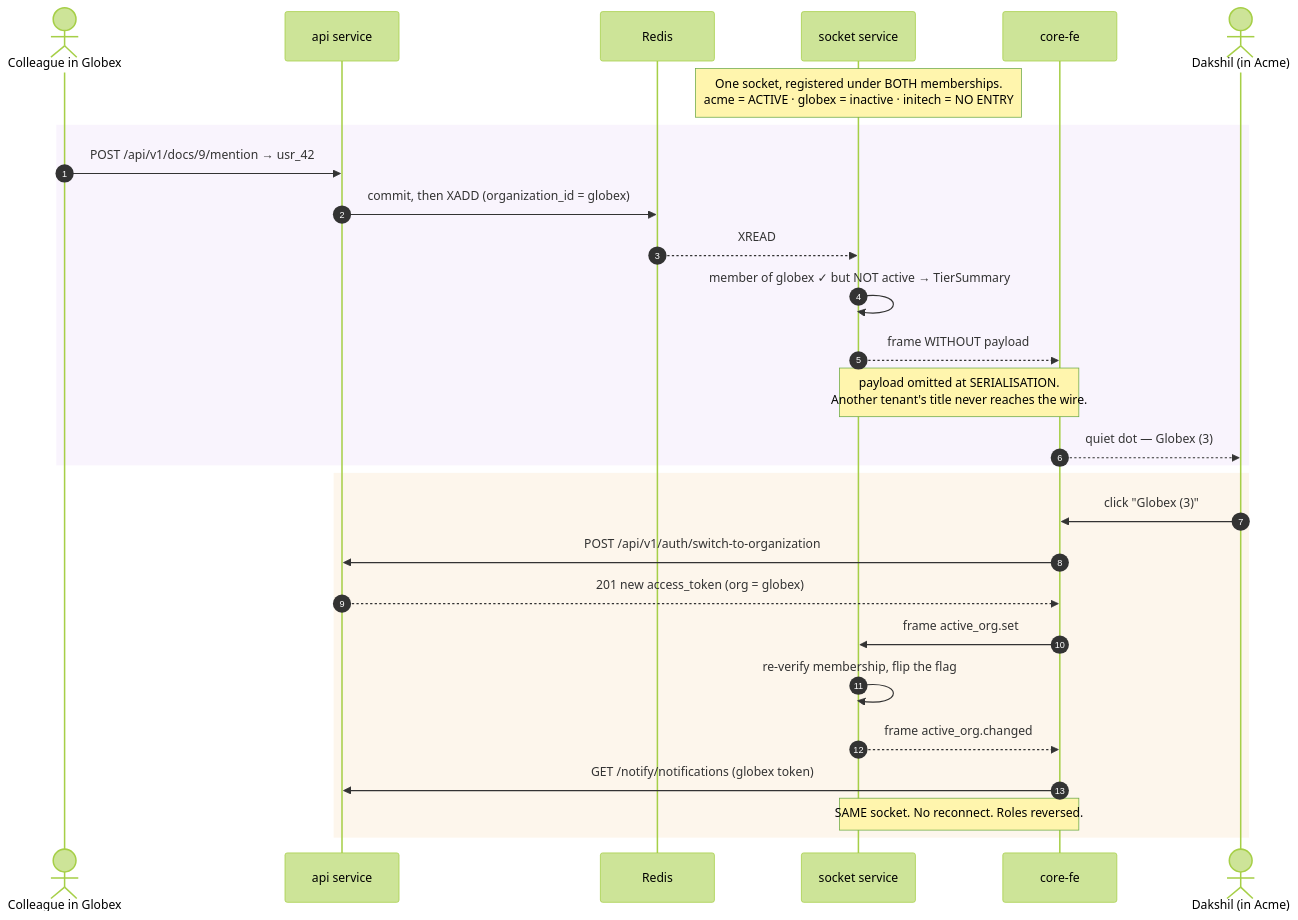
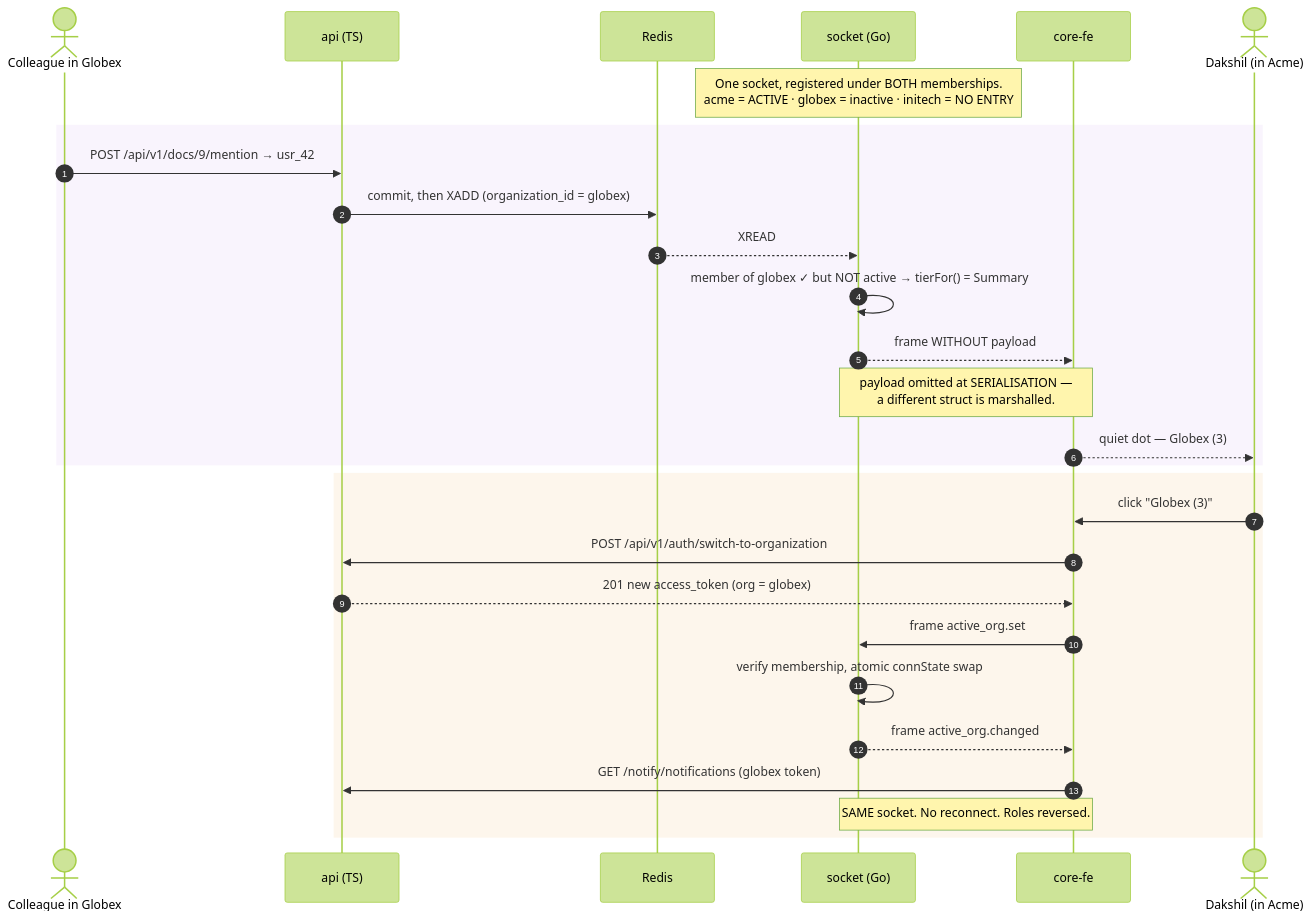
The fifth of 6 diagrams in docs/reference/architecture/realtime-in-core-be-plan.md (nikunjmavani/core-be), drawn with Mermaid (forest theme) before and after one commit. The commit also changed other lines of this file, not shown here.

First line of the commit message:
docs: rework the plan for a Go socket service inside the core-be repo

````diff
--- a/docs/reference/architecture/realtime-in-core-be-plan.md
+++ b/docs/reference/architecture/realtime-in-core-be-plan.md
@@ -684,33 +877,33 @@
 ```mermaid
 sequenceDiagram
   autonumber
   actor CG as Colleague in Globex
-  participant API as api service
+  participant API as api (TS)
   participant RD as Redis
-  participant SK as socket service
+  participant SK as socket (Go)
   participant FE as core-fe
   actor U as Dakshil (in Acme)
 
   Note over SK: One socket, registered under BOTH memberships.<br/>acme = ACTIVE · globex = inactive · initech = NO ENTRY
 
   rect rgba(199,146,234,0.10)
     CG->>API: POST /api/v1/docs/9/mention → usr_42
     API->>RD: commit, then XADD (organization_id = globex)
     RD-->>SK: XREAD
-    SK->>SK: member of globex ✓ but NOT active → TierSummary
+    SK->>SK: member of globex ✓ but NOT active → tierFor() = Summary
     SK-->>FE: frame WITHOUT payload
-    Note over SK,FE: payload omitted at SERIALISATION.<br/>Another tenant's title never reaches the wire.
+    Note over SK,FE: payload omitted at SERIALISATION —<br/>a different struct is marshalled.
     FE-->>U: quiet dot — Globex (3)
   end
 
   rect rgba(229,165,75,0.10)
     U->>FE: click "Globex (3)"
     FE->>API: POST /api/v1/auth/switch-to-organization
     API-->>FE: 201 new access_token (org = globex)
     FE->>SK: frame active_org.set
-    SK->>SK: re-verify membership, flip the flag
+    SK->>SK: verify membership, atomic connState swap
     SK-->>FE: frame active_org.changed
     FE->>API: GET /notify/notifications (globex token)
     Note over FE,SK: SAME socket. No reconnect. Roles reversed.
   end
 ```
````
